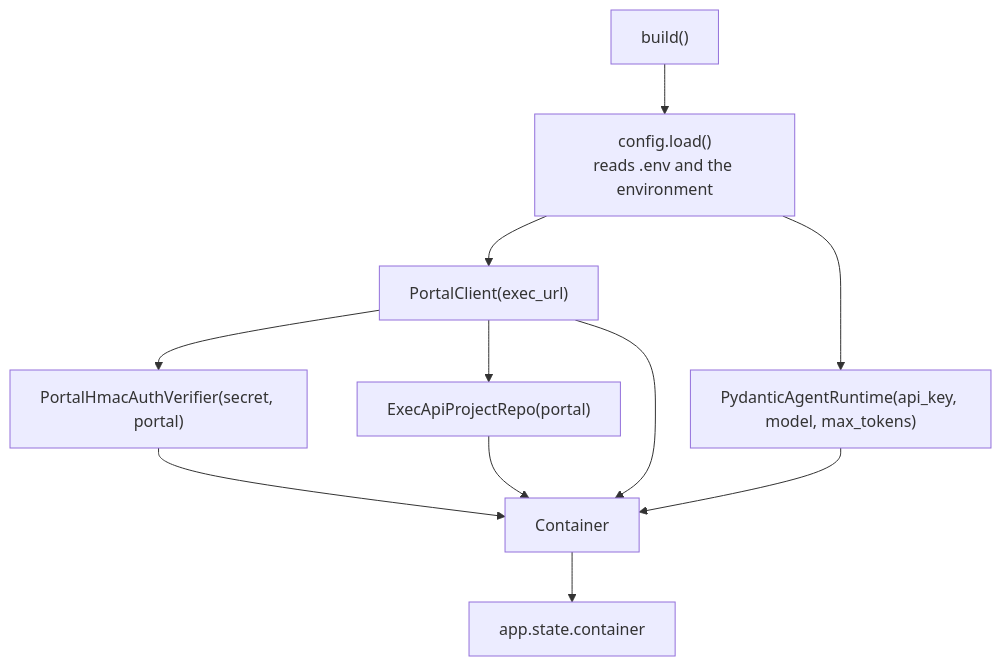
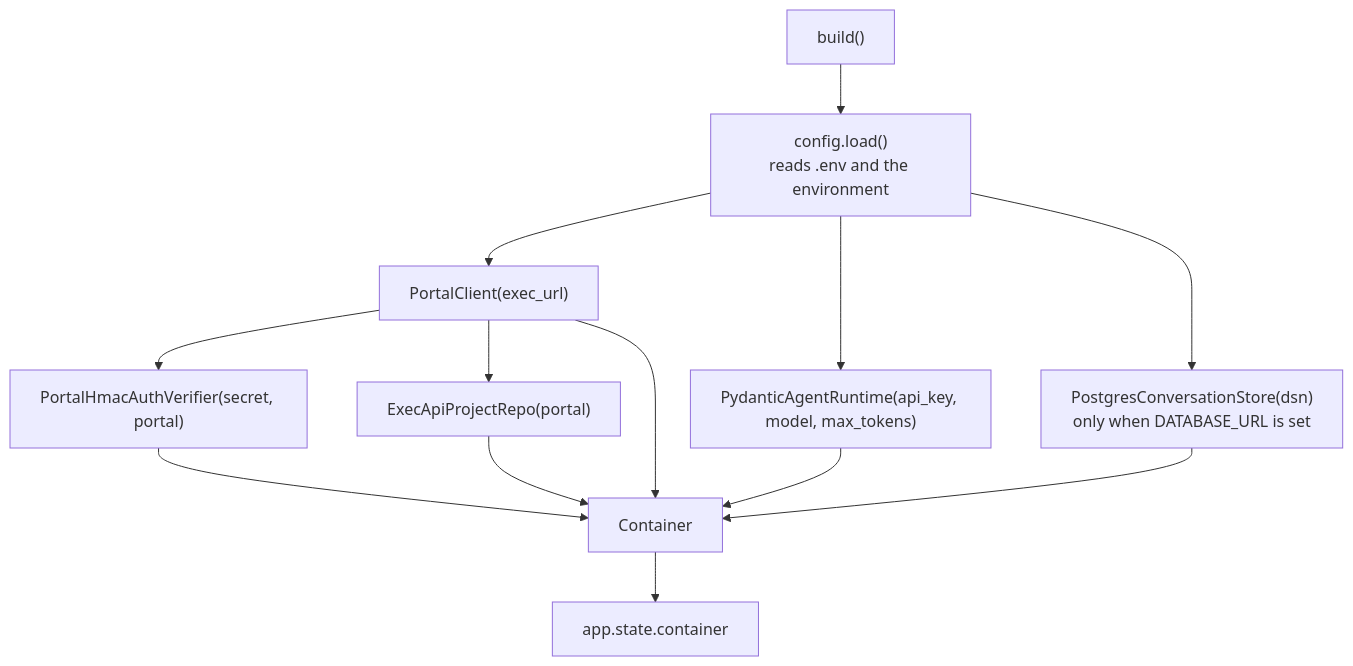
Before and after one commit to aurakeyrealty/Realtor-Portal: the second of 14 diagrams in docs/aura-chat/how-it-works.md, drawn with Mermaid. The commit also changed other lines of this file and 4 other files, not shown here.

````diff
--- a/docs/aura-chat/how-it-works.md
+++ b/docs/aura-chat/how-it-works.md
@@ -145,13 +184,15 @@
 ```mermaid
 flowchart TD
     B["build()"] --> C["config.load()<br/>reads .env and the environment"]
     C --> P["PortalClient(exec_url)"]
     P --> A["PortalHmacAuthVerifier(secret, portal)"]
     P --> R["ExecApiProjectRepo(portal)"]
     C --> G["PydanticAgentRuntime(api_key, model, max_tokens)"]
+    C --> ST["PostgresConversationStore(dsn)<br/>only when DATABASE_URL is set"]
     A --> K["Container"]
     R --> K
     G --> K
+    ST --> K
     P --> K
     K --> S["app.state.container"]
 ```
````
